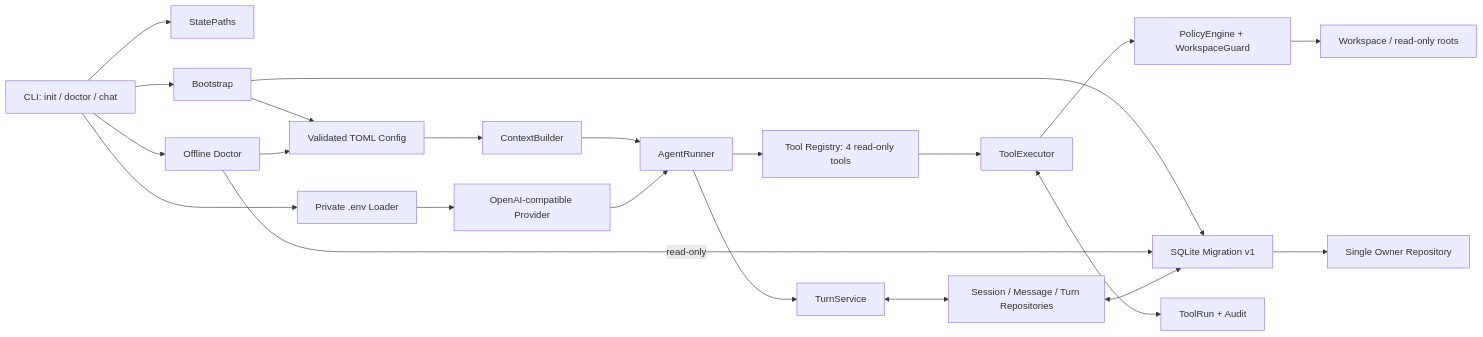
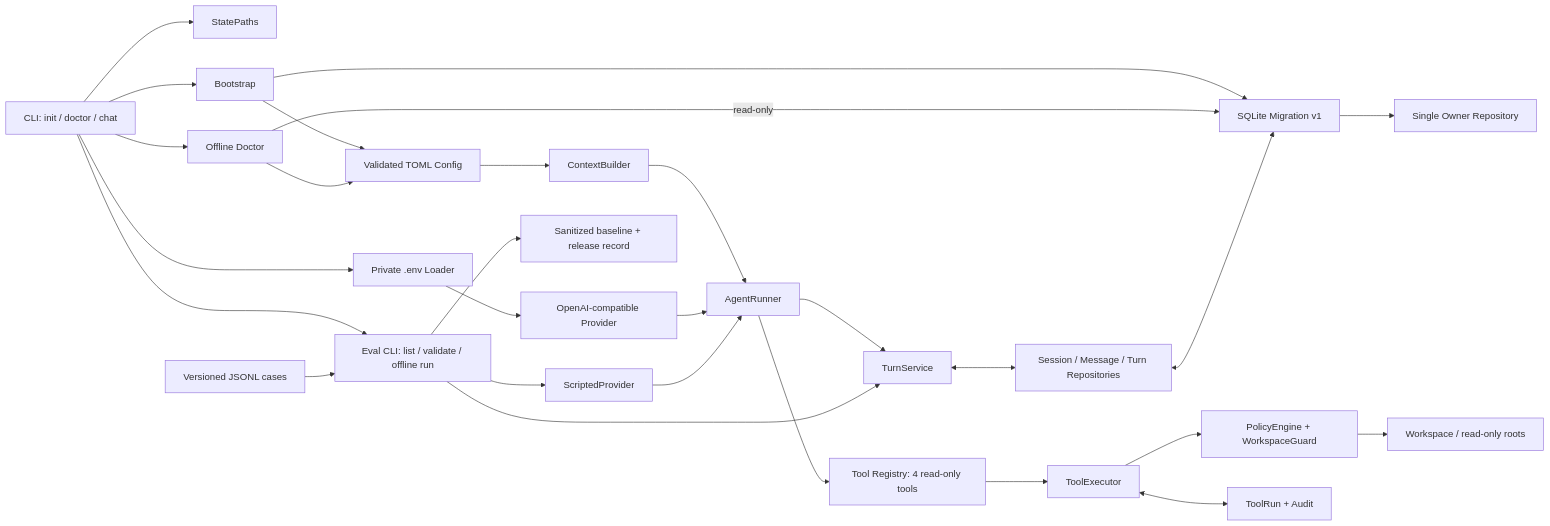
One commit to NEDONION/lobster0 changed the first of 5 diagrams in docs/architecture/20260807_系统架构.md. Above: the diagram before and after it, drawn with Mermaid. The commit also changed other lines of this file and 13 other files, not shown here.

Commit message:
docs(eval): 发布 v0.1.0 regression baseline 与进度页

````diff
--- a/docs/architecture/20260807_系统架构.md
+++ b/docs/architecture/20260807_系统架构.md
@@ -8,24 +8,30 @@
 ```mermaid
 flowchart LR
     CLI["CLI: init / doctor / chat"] --> PATHS["StatePaths"]
     CLI --> BOOTSTRAP["Bootstrap"]
     BOOTSTRAP --> CONFIG["Validated TOML Config"]
     BOOTSTRAP --> MIGRATION["SQLite Migration v1"]
     MIGRATION --> OWNER["Single Owner Repository"]
     CLI --> DOCTOR["Offline Doctor"]
     DOCTOR --> CONFIG
     DOCTOR -->|"read-only"| MIGRATION
     CLI --> ENV["Private .env Loader"]
     ENV --> PROVIDER["OpenAI-compatible Provider"]
     CONFIG --> CONTEXT["ContextBuilder"]
     CONTEXT --> RUNNER["AgentRunner"]
     PROVIDER --> RUNNER
     RUNNER --> REGISTRY["Tool Registry: 4 read-only tools"]
     REGISTRY --> EXECUTOR["ToolExecutor"]
     EXECUTOR --> POLICY["PolicyEngine + WorkspaceGuard"]
     EXECUTOR <--> TOOLING["ToolRun + Audit"]
     POLICY --> WORKSPACE["Workspace / read-only roots"]
     RUNNER --> TURN["TurnService"]
     TURN <--> CONVERSATION["Session / Message / Turn Repositories"]
     CONVERSATION <--> MIGRATION
+    CLI --> EVAL["Eval CLI: list / validate / offline run"]
+    CASES["Versioned JSONL cases"] --> EVAL
+    EVAL --> FAKE["ScriptedProvider"]
+    FAKE --> RUNNER
+    EVAL --> TURN
+    EVAL --> BASELINE["Sanitized baseline + release record"]
 ```
````
